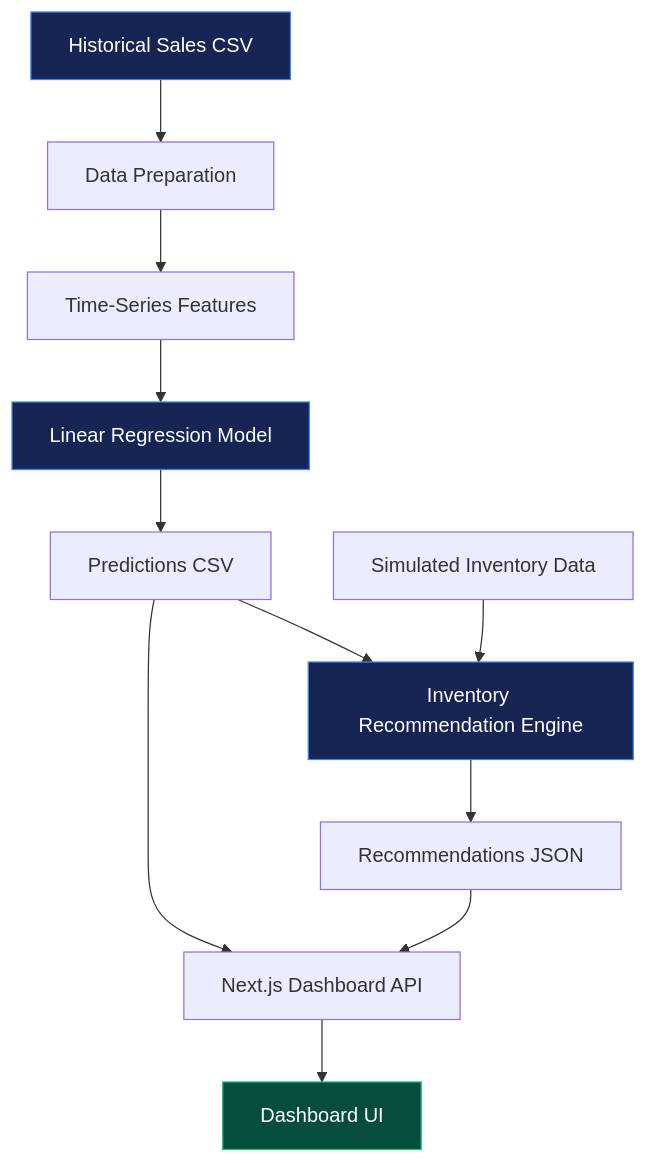
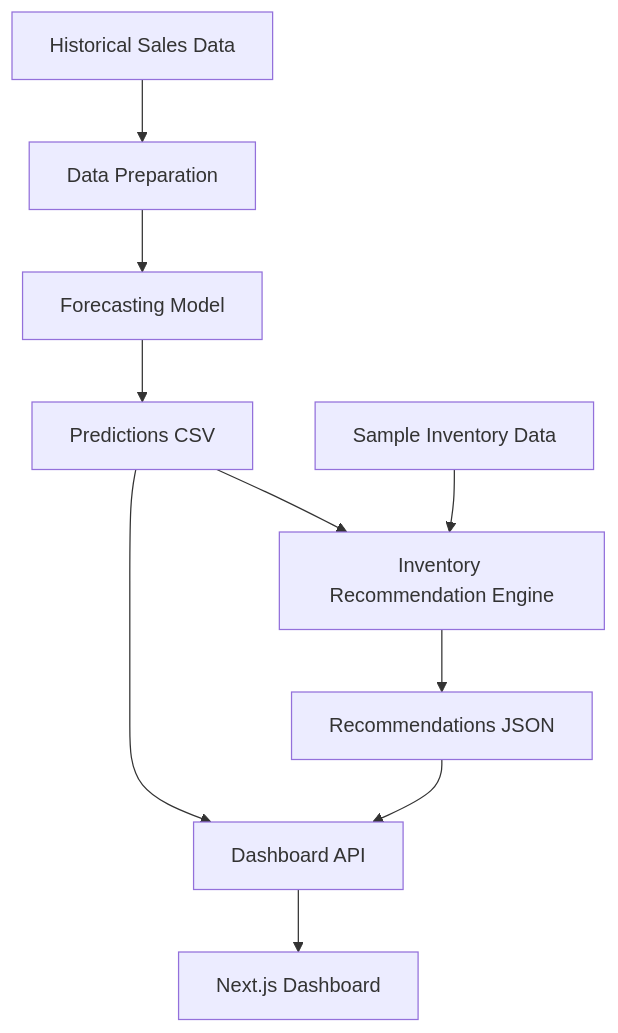
One commit to asadasjad/hospital-medicine-forcast changed the diagram in README.md. Above: the diagram before and after it, drawn with Mermaid. The commit also changed other lines of this file and 2 other files, not shown here.

````diff
--- a/README.md
+++ b/README.md
@@ -48,18 +45,12 @@
 ```mermaid
 flowchart TD
-    A[Historical Sales CSV] --> B[Data Preparation]
-    B --> C[Time-Series Features]
-    C --> D[Linear Regression Model]
-    D --> E[Predictions CSV]
-    E --> F[Inventory Recommendation Engine]
-    G[Simulated Inventory Data] --> F
-    F --> H[Recommendations JSON]
-    E --> I[Next.js Dashboard API]
-    H --> I
-    I --> J[Dashboard UI]
-
-    style A fill:#172554,color:#ffffff,stroke:#3b82f6
-    style D fill:#172554,color:#ffffff,stroke:#3b82f6
-    style F fill:#172554,color:#ffffff,stroke:#3b82f6
-    style J fill:#064e3b,color:#ffffff,stroke:#10b981
+    A[Historical Sales Data] --> B[Data Preparation]
+    B --> C[Forecasting Model]
+    C --> D[Predictions CSV]
+    D --> E[Inventory Recommendation Engine]
+    F[Sample Inventory Data] --> E
+    E --> G[Recommendations JSON]
+    D --> H[Dashboard API]
+    G --> H
+    H --> I[Next.js Dashboard]
 ```
````
